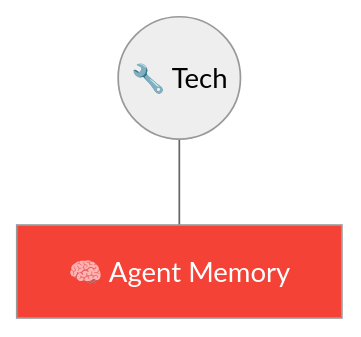
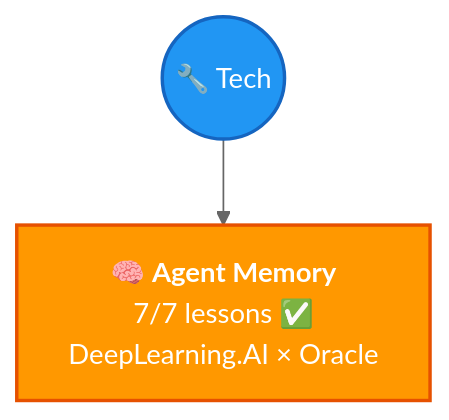
One commit to AyushSonuu/my-memory changed the diagram in tech/README.md. Above: the diagram before and after it, drawn with Mermaid (neutral theme). The commit also changed other lines of this file and 8 other files, not shown here.

Commit message:
🗺️ Tier 2 sync: all maps, root README, tech README, due-today, connections, timeline rebuilt

````diff
--- a/tech/README.md
+++ b/tech/README.md
@@ -5,8 +5,10 @@
 ```mermaid
 graph TB
-    T((🔧 Tech))
-    T --- AM["🧠 Agent Memory"]
-    
-    style AM fill:#f44336,color:#fff
+    T(("🔧 Tech"))
+    T --> AM["🧠 <b>Agent Memory</b><br/>7/7 lessons ✅<br/>DeepLearning.AI × Oracle"]
+
+    style T fill:#2196f3,color:#fff,stroke:#1565c0,stroke-width:2px
+    style AM fill:#ff9800,color:#fff,stroke:#e65100,stroke-width:2px
+
     click AM "./agent-memory/"
 ```
````
